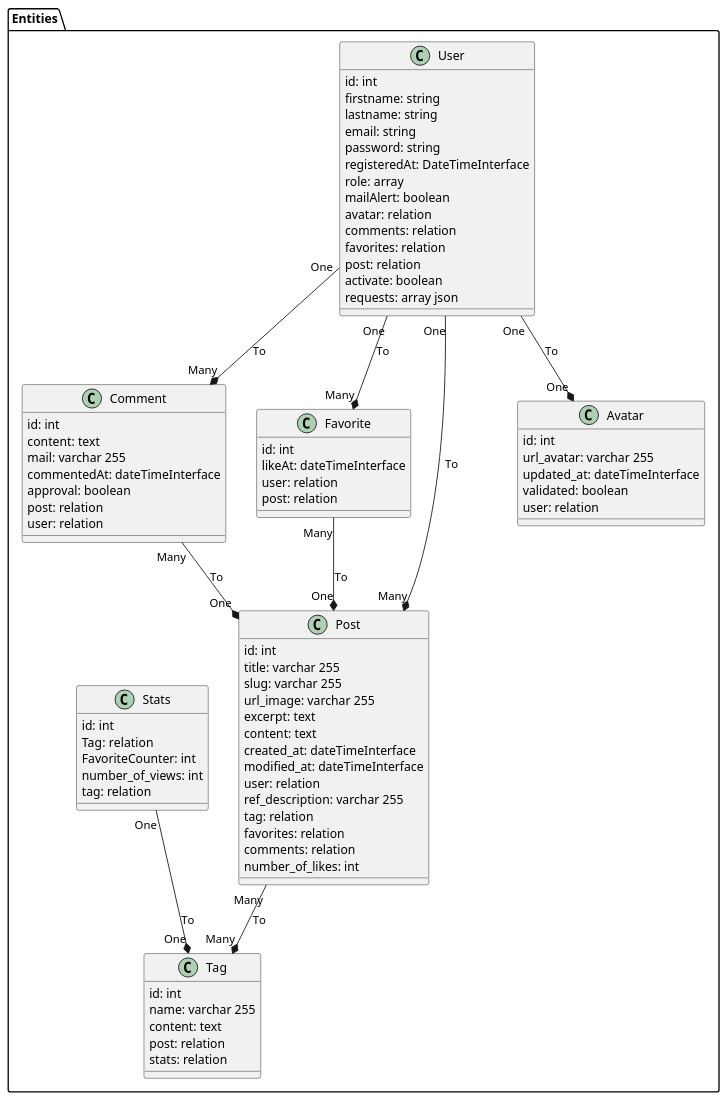
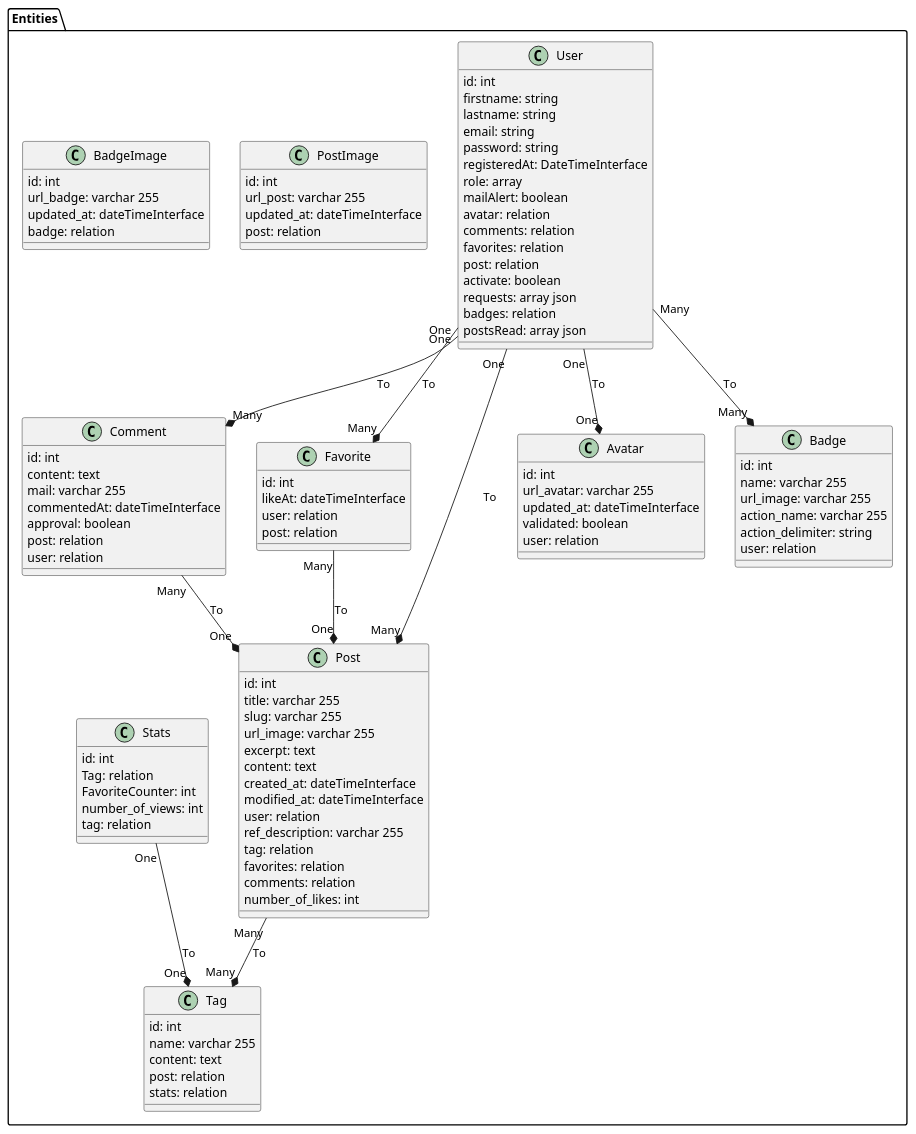
The diagram in docs/uml/bdd/entities-diagram.puml (SylvainGUERRIN/front2back), drawn with PlantUML before and after one commit. The commit also changed 4 other files, not shown here.

```diff
--- a/docs/uml/bdd/entities-diagram.puml
+++ b/docs/uml/bdd/entities-diagram.puml
@@ -1,89 +1,116 @@
 @startuml
 package "Entities" #FFF {
     class User {
         {field} id: int
         {field} firstname: string
         {field} lastname: string
         {field} email: string
         {field} password: string
         {field} registeredAt: DateTimeInterface
         {field} role: array
         {field} mailAlert: boolean
         {field} avatar: relation
         {field} comments: relation
         {field} favorites: relation
         {field} post: relation
         {field} activate: boolean
         {field} requests: array json
+        {field} badges: relation
+        {field} postsRead: array json
     }
 
     class Comment {
         {field} id: int
         {field} content: text
         {field} mail: varchar 255
         {field} commentedAt: dateTimeInterface
         {field} approval: boolean
         {field} post: relation
         {field} user: relation
     }
 
     class Favorite {
         {field} id: int
         {field} likeAt: dateTimeInterface
         {field} user: relation
         {field} post: relation
     }
 
     class Post {
         {field} id: int
         {field} title: varchar 255
         {field} slug: varchar 255
         {field} url_image: varchar 255
         {field} excerpt: text
         {field} content: text
         {field} created_at: dateTimeInterface
         {field} modified_at: dateTimeInterface
         {field} user: relation
         {field} ref_description: varchar 255
         {field} tag: relation
         {field} favorites: relation
         {field} comments: relation
         {field} number_of_likes: int
     }
 
     class Tag {
         {field} id: int
         {field} name: varchar 255
         {field} content: text
         {field} post: relation
         {field} stats: relation
     }
 
     class Stats {
         {field} id: int
         {field} Tag: relation
         {field} FavoriteCounter: int
         {field} number_of_views: int
         {field} tag: relation
     }
 
     class Avatar {
         {field} id: int
         {field} url_avatar: varchar 255
         {field} updated_at: dateTimeInterface
         {field} validated: boolean
         {field} user: relation
     }
 
+    class PostImage {
+        {field} id: int
+        {field} url_post: varchar 255
+        {field} updated_at: dateTimeInterface
+        {field} post: relation
+    }
+
+    class BadgeImage {
+            {field} id: int
+            {field} url_badge: varchar 255
+            {field} updated_at: dateTimeInterface
+            {field} badge: relation
+        }
+
+    class Badge {
+        {field} id: int
+        {field} name: varchar 255
+        {field} url_image: varchar 255
+        {field} action_name: varchar 255
+        {field} action_delimiter: string
+        {field} user: relation
+    }
+
+
     User "One" --* "Many" Post : To
     User "One" --* "Many" Comment : To
     User "One" --* "Many" Favorite : To
     User "One" --* "One" Avatar : To
 
     Favorite "Many" --* "One" Post : To
     Stats "One" --* "One" Tag : To
     Post "Many" --* "Many" Tag : To
+    User "Many" --* "Many" Badge : To
 
     Comment "Many" --* "One" Post : To
 }
 @enduml
```
